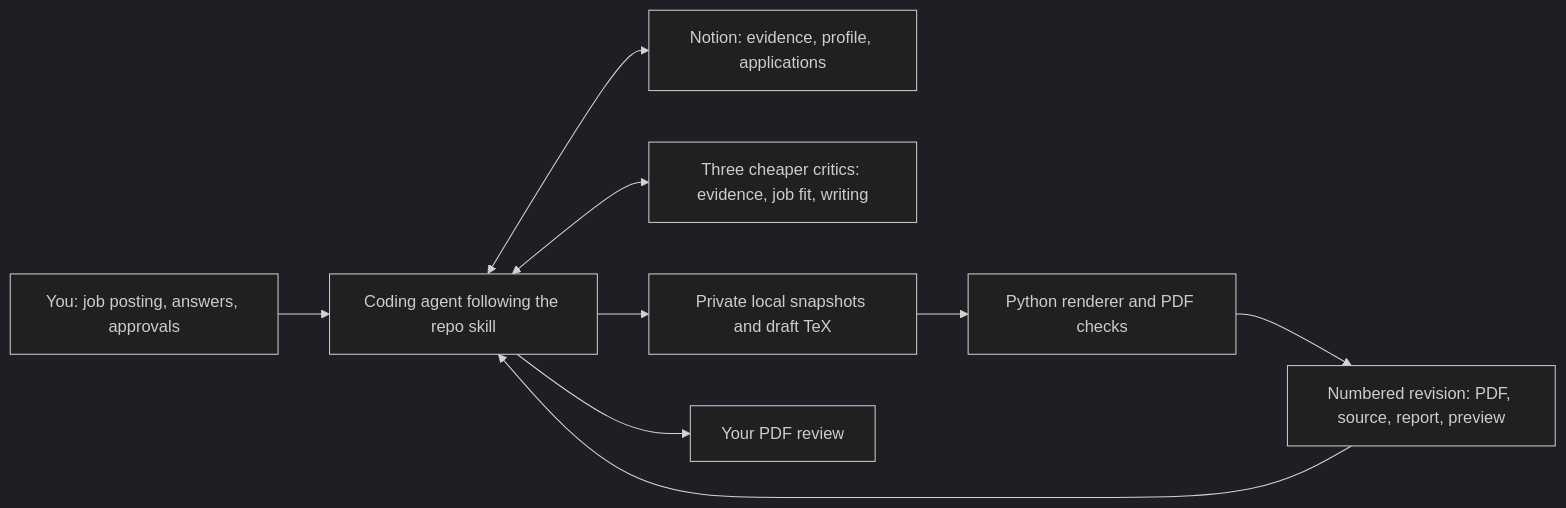
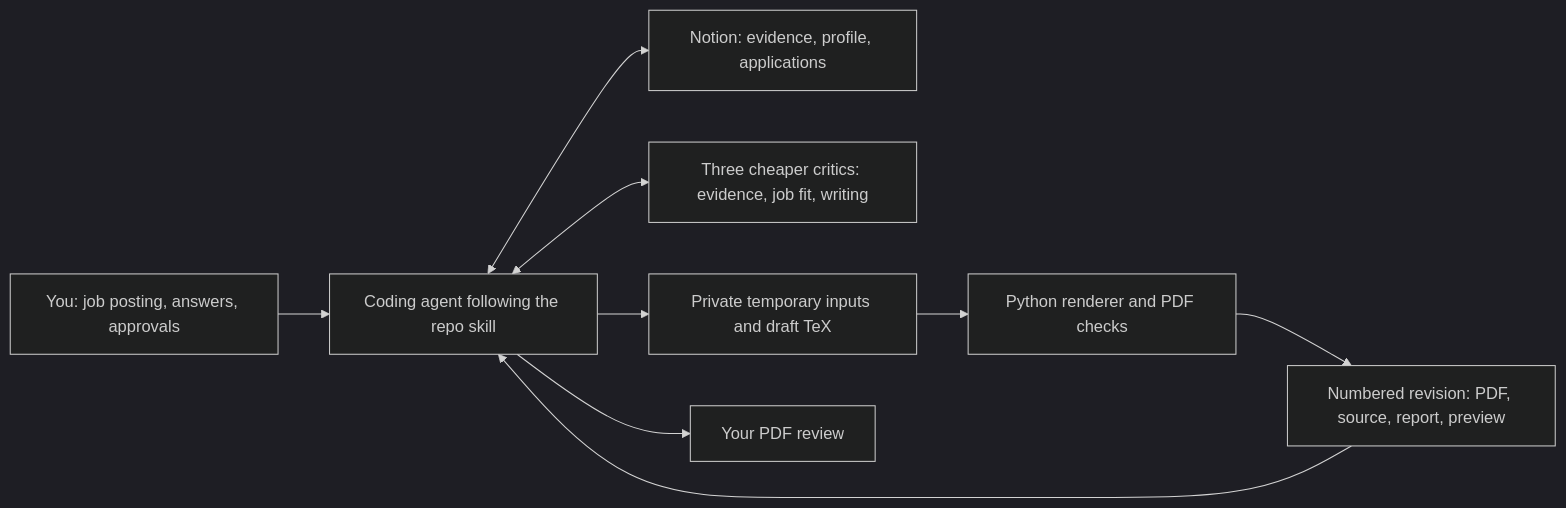
One commit to jakebodea/personal-website changed the diagram in docs/resume-studio.md. Above: the diagram before and after it, drawn with Mermaid (dark theme). The commit also changed other lines of this file and 6 other files, not shown here.

````diff
--- a/docs/resume-studio.md
+++ b/docs/resume-studio.md
@@ -12,11 +12,11 @@
 ```mermaid
 flowchart LR
     User["You: job posting, answers, approvals"] --> Agent["Coding agent following the repo skill"]
     Agent <--> Notion["Notion: evidence, profile, applications"]
     Agent <--> Critics["Three cheaper critics: evidence, job fit, writing"]
-    Agent --> Local["Private local snapshots and draft TeX"]
+    Agent --> Local["Private temporary inputs and draft TeX"]
     Local --> Renderer["Python renderer and PDF checks"]
     Renderer --> Revision["Numbered revision: PDF, source, report, preview"]
     Revision --> Agent
     Agent --> Review["Your PDF review"]
 ```
````
